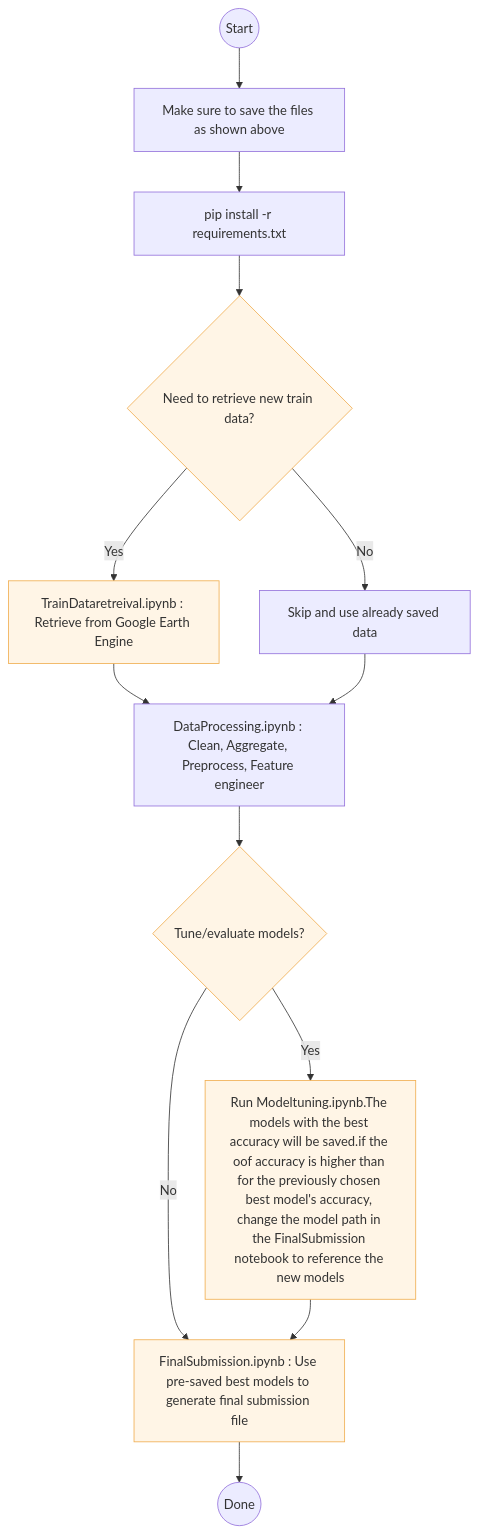
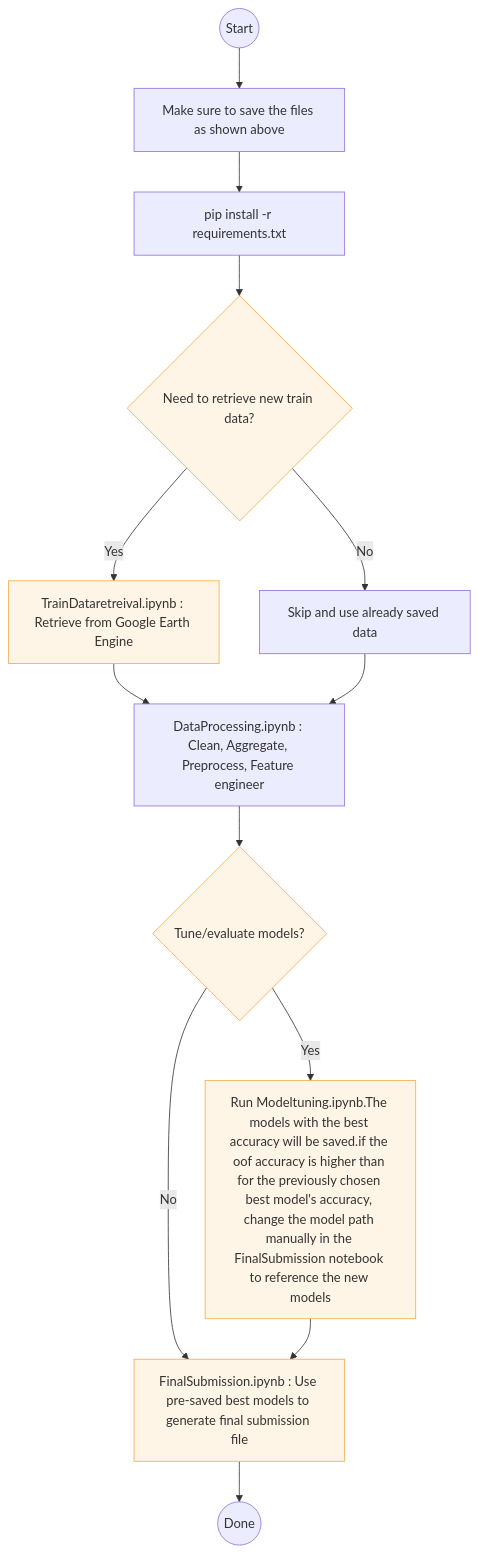
The diagram in README.md (Julie-Montague/GEO_CROPMAPPING_CHALLENGE), drawn with Mermaid before and after one commit.

````diff
--- a/README.md
+++ b/README.md
@@ -79,29 +79,29 @@
 ```mermaid
 flowchart TD
     %% Workflow for training & submission
 
     A((Start)) --> B[Make sure to save the files as shown above]
     B --> C[pip install -r requirements.txt]
 
     %% Optional: data retrieval
     C --> D{Need to retrieve new train data?}
     D -- Yes --> E[TrainDataretreival.ipynb : Retrieve from Google Earth Engine ]
     D -- No  --> F[Skip and use already saved data]
 
     %% Processing
     E --> G[DataProcessing.ipynb : Clean, Aggregate, Preprocess, Feature engineer]
     F --> G
 
     %% Optional: model tuning
     G --> H{Tune/evaluate models?}
-    H -- Yes --> I[Run Modeltuning.ipynb.The models with the best accuracy will be saved.if the oof accuracy is higher than for the previously chosen best model's accuracy, change the model path in the FinalSubmission notebook to reference the new models]
+    H -- Yes --> I[Run Modeltuning.ipynb.The models with the best accuracy will be saved.if the oof accuracy is higher than for the previously chosen best model's accuracy, change the model path manually in the FinalSubmission notebook to reference the new models]
     H -- No  --> J[FinalSubmission.ipynb : Use pre-saved best models to generate final submission file]
 
     %% Final submission
     I --> J
     J --> K((Done))
 
     %% Styling (optional)
     classDef optional fill:#fff5e6,stroke:#f0ad4e,stroke-width:1px;
     class D,E,H,I,J optional;
 ```
````
